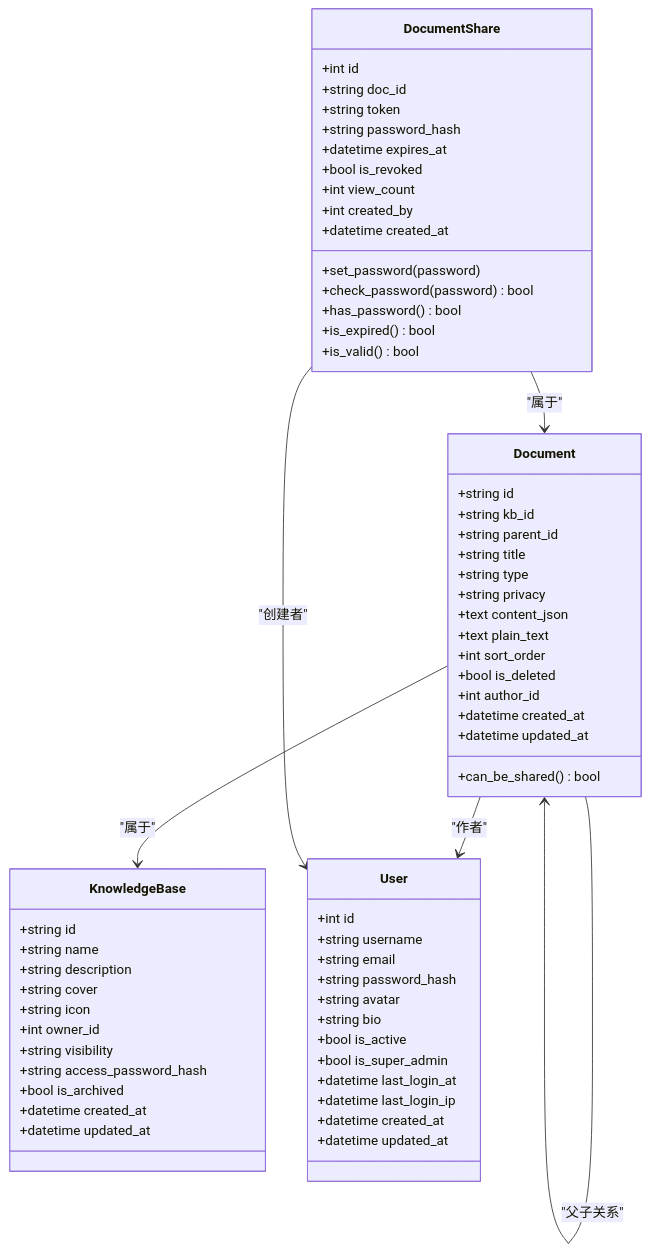
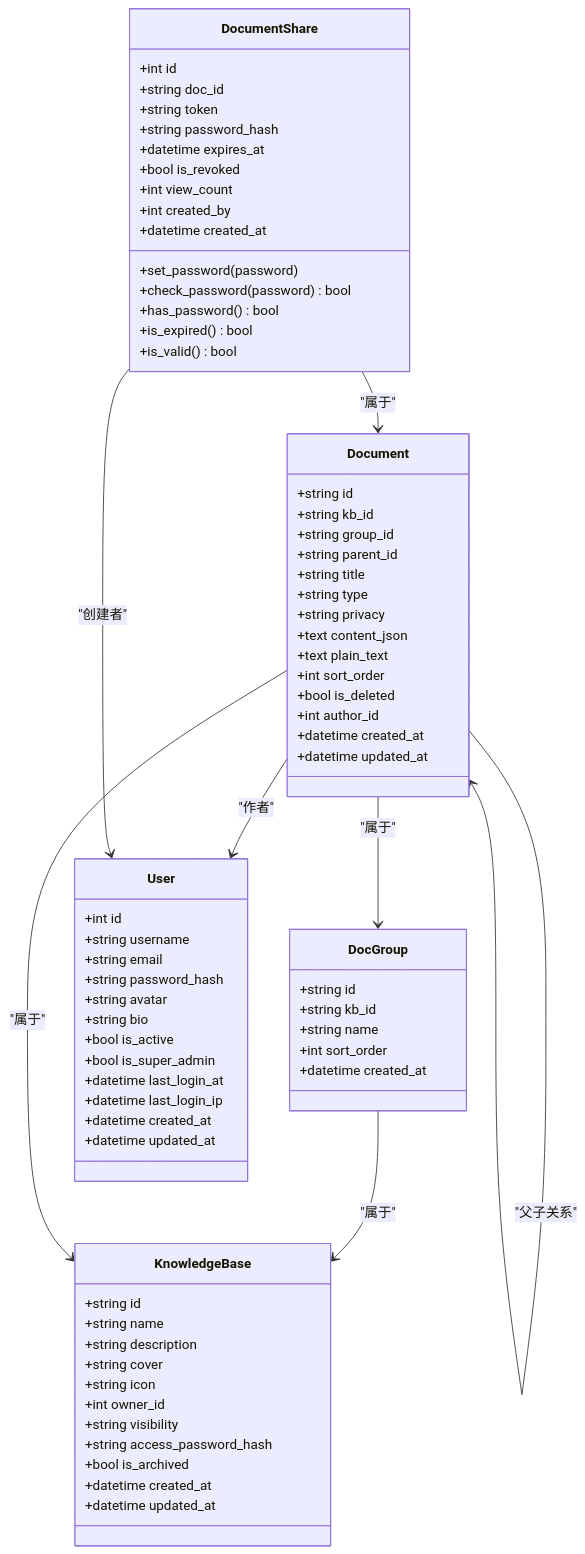
Before and after one commit to beyondalbert/my_wiki: the eighth of 8 diagrams in .qoder/repowiki/zh/content/数据模型设计/文档模型.md, drawn with Mermaid. The commit also changed other lines of this file and 5 other files, not shown here.

````diff
--- a/.qoder/repowiki/zh/content/数据模型设计/文档模型.md
+++ b/.qoder/repowiki/zh/content/数据模型设计/文档模型.md
@@ -462,67 +596,76 @@
 ```mermaid
 classDiagram
+class DocGroup {
++string id
++string kb_id
++string name
++int sort_order
++datetime created_at
+}
 class Document {
 +string id
 +string kb_id
++string group_id
 +string parent_id
 +string title
 +string type
 +string privacy
 +text content_json
 +text plain_text
 +int sort_order
 +bool is_deleted
 +int author_id
 +datetime created_at
 +datetime updated_at
-+can_be_shared() bool
 }
 class DocumentShare {
 +int id
 +string doc_id
 +string token
 +string password_hash
 +datetime expires_at
 +bool is_revoked
 +int view_count
 +int created_by
 +datetime created_at
 +set_password(password)
 +check_password(password) bool
 +has_password() bool
 +is_expired() bool
 +is_valid() bool
 }
 class KnowledgeBase {
 +string id
 +string name
 +string description
 +string cover
 +string icon
 +int owner_id
 +string visibility
 +string access_password_hash
 +bool is_archived
 +datetime created_at
 +datetime updated_at
 }
 class User {
 +int id
 +string username
 +string email
 +string password_hash
 +string avatar
 +string bio
 +bool is_active
 +bool is_super_admin
 +datetime last_login_at
 +datetime last_login_ip
 +datetime created_at
 +datetime updated_at
 }
+DocGroup --> KnowledgeBase : "属于"
 Document --> KnowledgeBase : "属于"
+Document --> DocGroup : "属于"
 Document --> User : "作者"
 Document --> Document : "父子关系"
 DocumentShare --> Document : "属于"
 DocumentShare --> User : "创建者"
 ```
````
